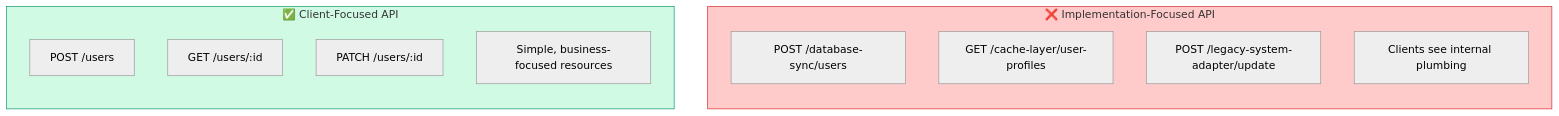
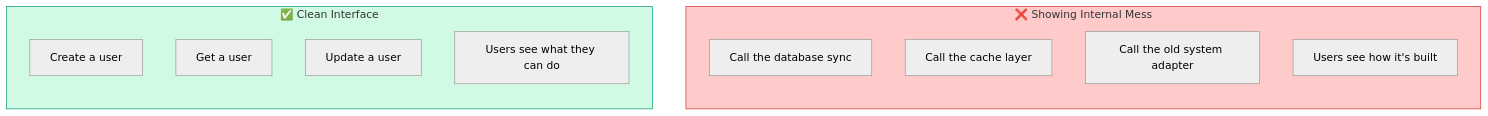
One commit to rilov/handbook changed the ninth of 16 diagrams in _topics/scaling-api-design-architecture-part-2.md. Above: the diagram before and after it, drawn with Mermaid (neutral theme). The commit also changed other lines of this file, not shown here.

```diff
--- a/_topics/scaling-api-design-architecture-part-2.md
+++ b/_topics/scaling-api-design-architecture-part-2.md
@@ -407,21 +439,21 @@
 <div class="mermaid">
 flowchart TB
-    subgraph bad["❌ Implementation-Focused API"]
+    subgraph bad["❌ Showing Internal Mess"]
         direction TB
-        B1["POST /database-sync/users"]
-        B2["GET /cache-layer/user-profiles"]
-        B3["POST /legacy-system-adapter/update"]
-        Note1["Clients see internal plumbing"]
+        B1["Call the database sync"]
+        B2["Call the cache layer"]
+        B3["Call the old system adapter"]
+        Note1["Users see how it's built"]
     end
     
-    subgraph good["✅ Client-Focused API"]
+    subgraph good["✅ Clean Interface"]
         direction TB
-        G1["POST /users"]
-        G2["GET /users/:id"]
-        G3["PATCH /users/:id"]
-        Note2["Simple, business-focused resources"]
+        G1["Create a user"]
+        G2["Get a user"]
+        G3["Update a user"]
+        Note2["Users see what they can do"]
     end
     
     style bad fill:#fecaca,stroke:#dc2626
     style good fill:#d1fae5,stroke:#059669
 </div>
```
